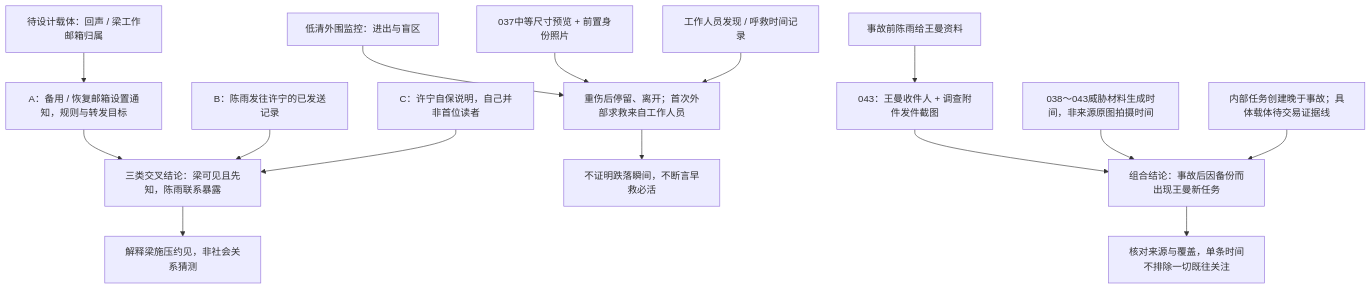
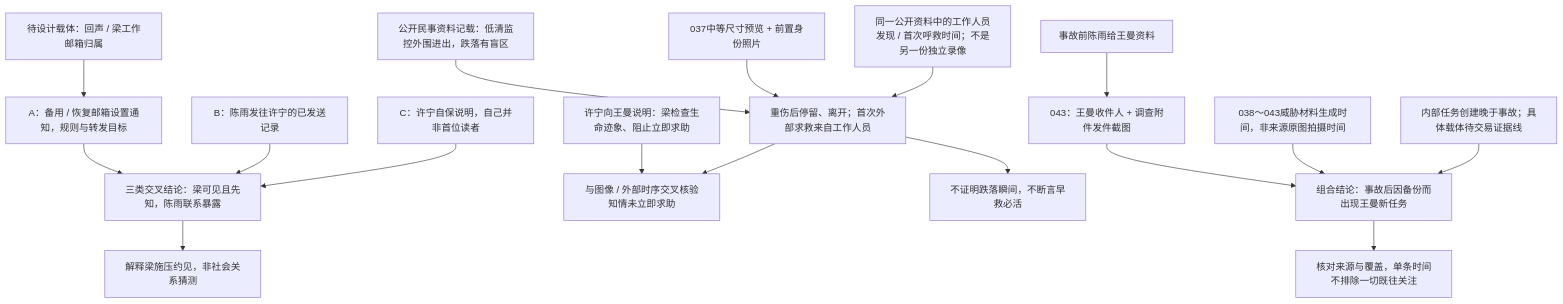
The third of 4 diagrams in docs/cases/case-01-missing-person/information-dependency-map.md (volcano-77/last-seen-online), drawn with Mermaid before and after one commit. The commit also changed other lines of this file and 3 other files, not shown here.

````diff
--- a/docs/cases/case-01-missing-person/information-dependency-map.md
+++ b/docs/cases/case-01-missing-person/information-dependency-map.md
@@ -209,19 +240,21 @@
 ```mermaid
 flowchart TD
   notices["A：备用 / 恢复邮箱设置通知，规则与转发目标"] --> exposure["三类交叉结论：梁可见且先知，陈雨联系暴露"]
   sentXu["B：陈雨发往许宁的已发送记录"] --> exposure
   xuNote["C：许宁自保说明，自己并非首位读者"] --> exposure
   owner["待设计载体：回声 / 梁工作邮箱归属"] --> notices
   exposure --> pressure["解释梁施压约见，非社会关系猜测"]
 
-  cctv["低清外围监控：进出与盲区"] --> delay["重伤后停留、离开；首次外部求救来自工作人员"]
+  cctv["公开民事资料记载：低清监控外围进出，跌落有盲区"] --> delay["重伤后停留、离开；首次外部求救来自工作人员"]
   photo["037中等尺寸预览 + 前置身份照片"] --> delay
-  call["工作人员发现 / 呼救时间记录"] --> delay
+  call["同一公开资料中的工作人员发现 / 首次呼救时间；不是另一份独立录像"] --> delay
+  testimony["许宁向王曼说明：梁检查生命迹象、阻止立即求助"] --> informed["与图像 / 外部时序交叉核验知情未立即求助"]
+  delay --> informed
   delay --> boundary["不证明跌落瞬间，不断言早救必活"]
 
   sourceSent["事故前陈雨给王曼资料"] --> screenshot["043：王曼收件人 + 调查附件发件截图"]
   screenshot --> newTarget["组合结论：事故后因备份而出现王曼新任务"]
   generation["038～043威胁材料生成时间，非来源原图拍摄时间"] --> newTarget
   task["内部任务创建晚于事故；具体载体待交易证据线"] --> newTarget
   newTarget --> requirement["核对来源与覆盖，单条时间不排除一切既往关注"]
 ```
````
